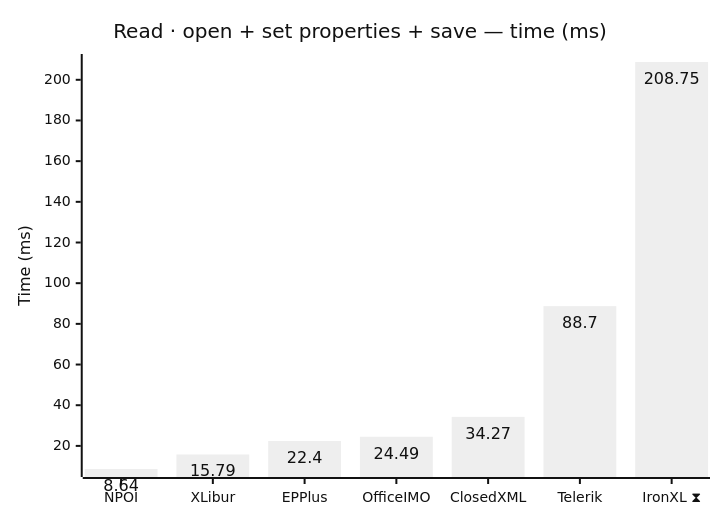
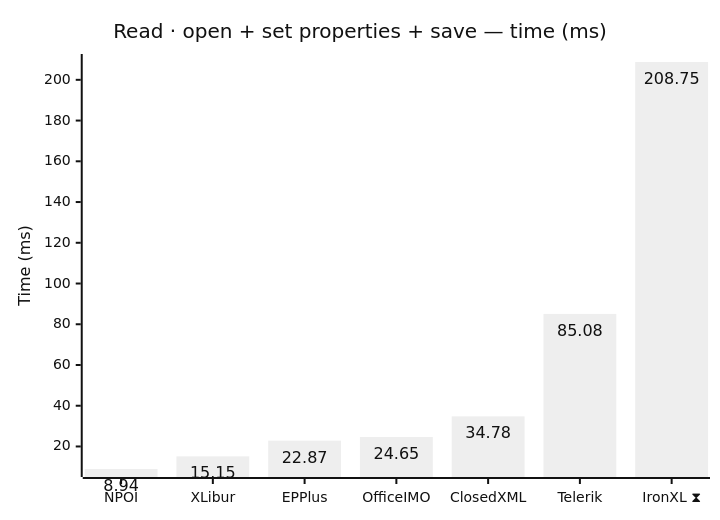
Before and after one commit to jafin/XLBench: the first of 12 diagrams in docs/results.md, drawn with Mermaid (neutral theme). The commit also changed other lines of this file and 11 other files, not shown here.

````diff
--- a/docs/results.md
+++ b/docs/results.md
@@ -41,12 +42,12 @@
 ```mermaid
 ---
 config:
   xyChart:
     showDataLabel: true
 ---
 xychart-beta
     title "Read · open + set properties + save — time (ms)"
     x-axis ["NPOI", "XLibur", "EPPlus", "OfficeIMO", "ClosedXML", "Telerik", "IronXL ⧗"]
     y-axis "Time (ms)"
-    bar [8.64, 15.79, 22.4, 24.49, 34.27, 88.7, 208.75]
+    bar [8.94, 15.15, 22.87, 24.65, 34.78, 85.08, 208.75]
 ```
````
